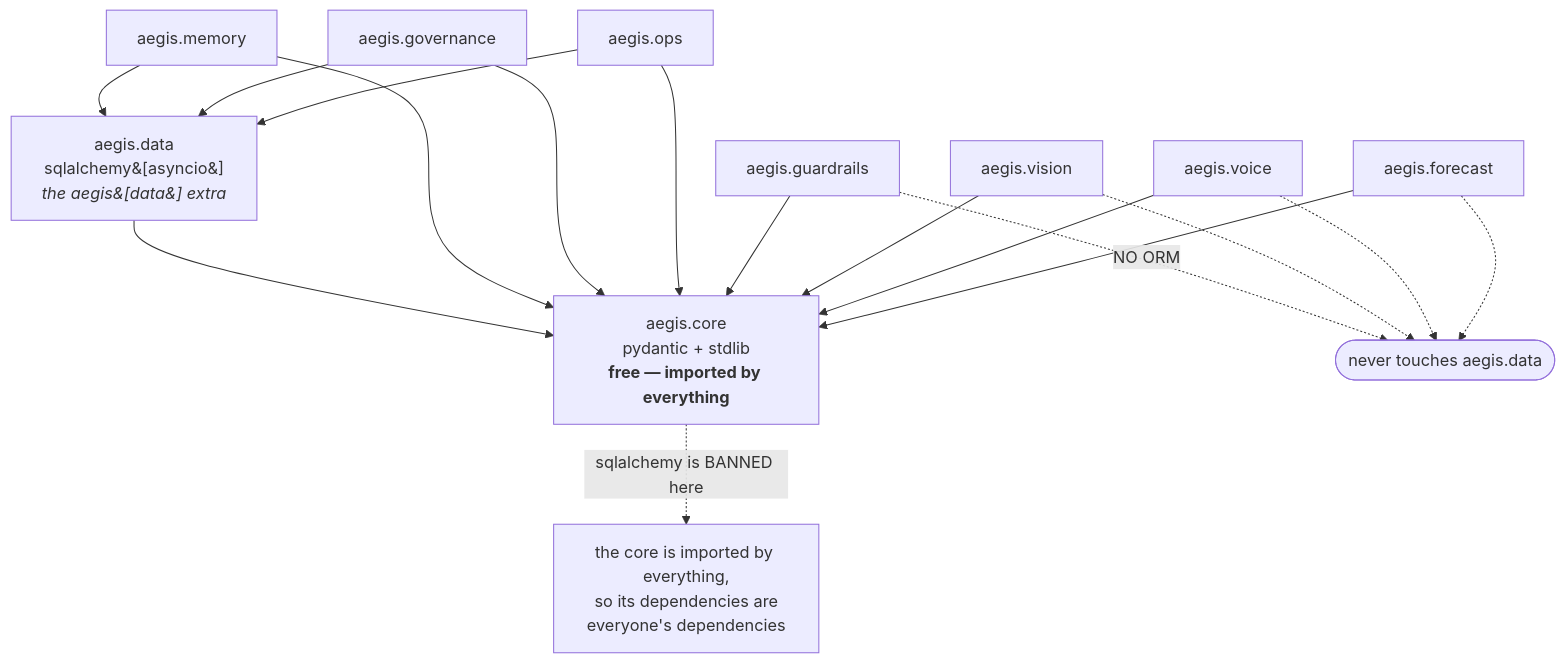
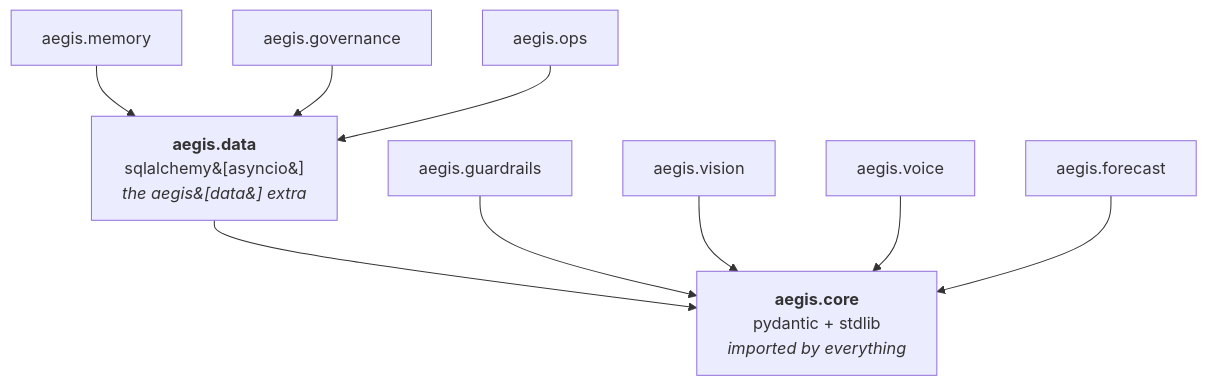
The first of 5 diagrams in docs/teaching/data/40-diagrams.md (yrevash/aegis), drawn with Mermaid before and after one commit. The commit also changed other lines of this file and 111 other files, not shown here.

````diff
--- a/docs/teaching/data/40-diagrams.md
+++ b/docs/teaching/data/40-diagrams.md
@@ -10,35 +15,24 @@
 ```mermaid
 flowchart TB
-    CORE["aegis.core<br/>pydantic + stdlib<br/><b>free — imported by everything</b>"]
-
-    DATA["aegis.data<br/>sqlalchemy&#91;asyncio&#93;<br/><i>the aegis&#91;data&#93; extra</i>"]
+    CORE["<b>aegis.core</b><br/>pydantic + stdlib<br/><i>imported by everything</i>"]
+    DATA["<b>aegis.data</b><br/>sqlalchemy&#91;asyncio&#93;<br/><i>the aegis&#91;data&#93; extra</i>"]
 
     MEM["aegis.memory"]
     GOV["aegis.governance"]
     OPS["aegis.ops"]
 
     GR["aegis.guardrails"]
     VI["aegis.vision"]
     VO["aegis.voice"]
     FO["aegis.forecast"]
 
     DATA --> CORE
     MEM --> DATA
     GOV --> DATA
     OPS --> DATA
-    MEM --> CORE
-    GOV --> CORE
-    OPS --> CORE
 
     GR --> CORE
     VI --> CORE
     VO --> CORE
     FO --> CORE
-
-    GR -.->|"NO ORM"| X1(["never touches aegis.data"])
-    VI -.-> X1
-    VO -.-> X1
-    FO -.-> X1
-
-    CORE -.->|"sqlalchemy is BANNED here"| BAN["the core is imported by everything,<br/>so its dependencies are<br/>everyone's dependencies"]
 ```
````
